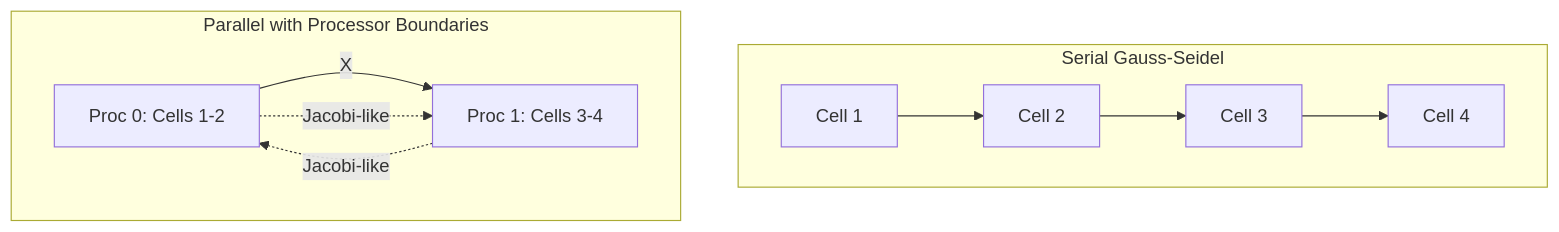
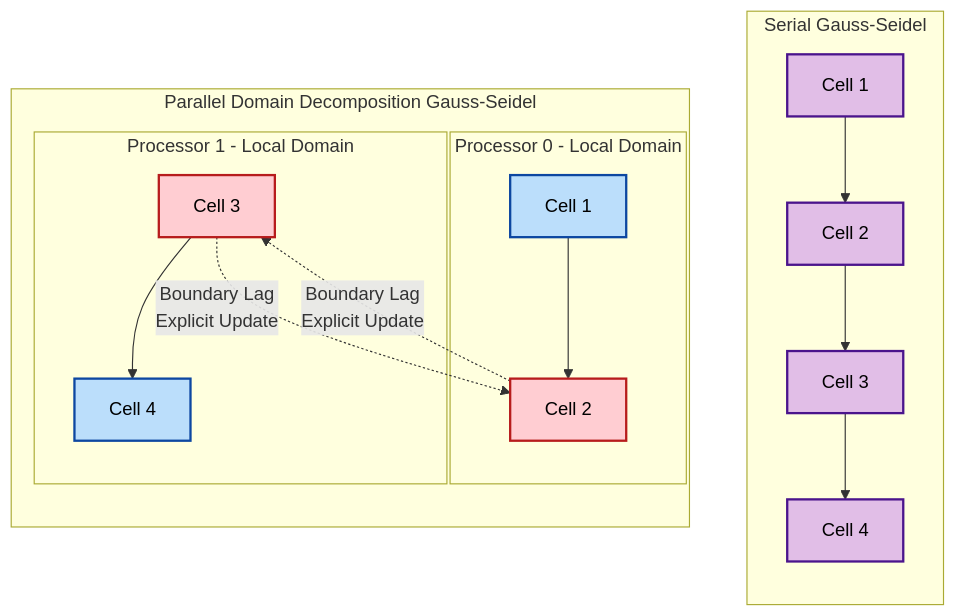
Before and after one commit to wramet/build-my-cfd: the fifth of 5 diagrams in MODULE_05_OPENFOAM_PROGRAMMING/CONTENT/06_MATRICES_LINEARALGEBRA/05_Parallel_Linear_Algebra.md, drawn with Mermaid. The commit also changed other lines of this file and 313 other files, not shown here.

Commit message:
Revise all diagram

````diff
--- a/MODULE_05_OPENFOAM_PROGRAMMING/CONTENT/06_MATRICES_LINEARALGEBRA/05_Parallel_Linear_Algebra.md
+++ b/MODULE_05_OPENFOAM_PROGRAMMING/CONTENT/06_MATRICES_LINEARALGEBRA/05_Parallel_Linear_Algebra.md
@@ -874,14 +907,27 @@
 ```mermaid
 flowchart TD
-    subgraph Serial["Serial Gauss-Seidel"]
-        A1[Cell 1] --> A2[Cell 2]
-        A2 --> A3[Cell 3]
-        A3 --> A4[Cell 4]
+classDef serial fill:#e1bee7,stroke:#4a148c,stroke-width:2px,color:#000
+classDef parallel fill:#bbdefb,stroke:#0d47a1,stroke-width:2px,color:#000
+classDef boundary fill:#ffcdd2,stroke:#b71c1c,stroke-width:2px,color:#000
+
+subgraph Serial ["Serial Gauss-Seidel"]
+    direction TB
+    C1[Cell 1]:::serial --> C2[Cell 2]:::serial
+    C2 --> C3[Cell 3]:::serial
+    C3 --> C4[Cell 4]:::serial
+end
+
+subgraph Parallel ["Parallel Domain Decomposition Gauss-Seidel"]
+    direction TB
+    subgraph Proc0 ["Processor 0 - Local Domain"]
+        P0_1[Cell 1]:::parallel --> P0_2[Cell 2]:::parallel
+    end
+    
+    subgraph Proc1 ["Processor 1 - Local Domain"]
+        P1_3[Cell 3]:::parallel --> P1_4[Cell 4]:::parallel
     end
 
-    subgraph Parallel["Parallel with Processor Boundaries"]
-        B1[Proc 0: Cells 1-2] -->|X| B2[Proc 1: Cells 3-4]
-        B2 -.->|Jacobi-like| B1
-        B1 -.->|Jacobi-like| B2
-    end
+    P0_2 -.->|Boundary Lag<br/>Explicit Update| P1_3:::boundary
+    P1_3 -.->|Boundary Lag<br/>Explicit Update| P0_2:::boundary
+end
 ```
````
